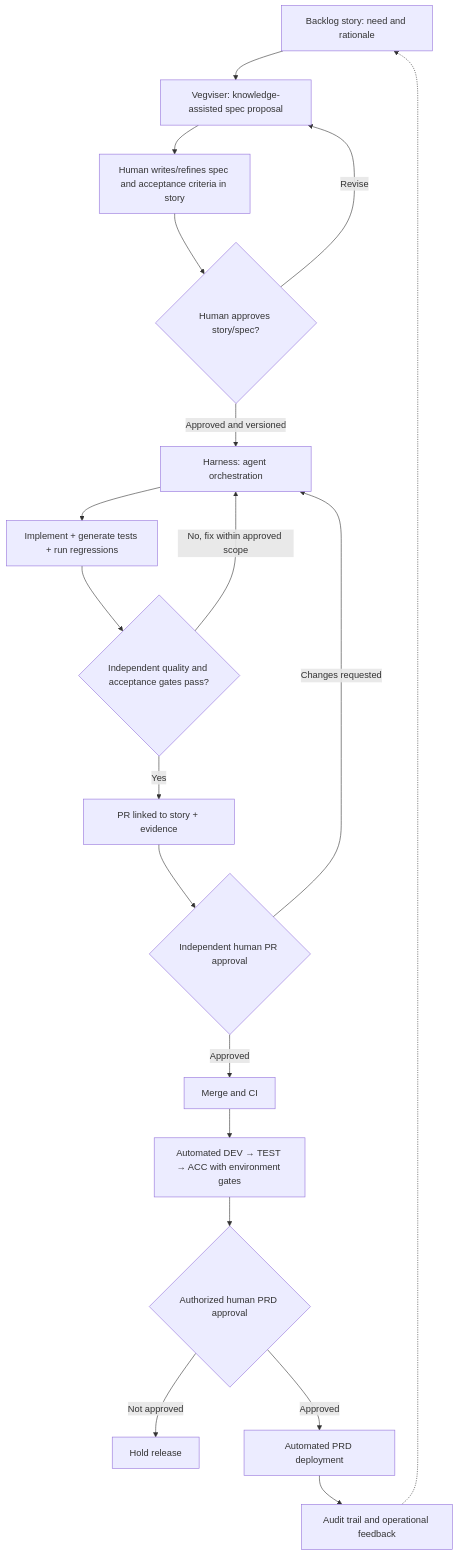
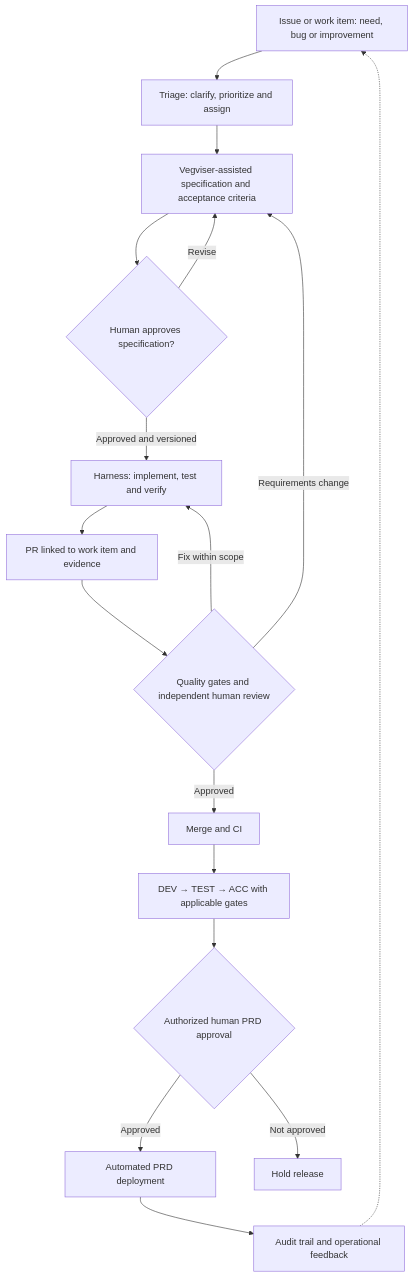
One commit to Joeghanoe/Guiderail changed the second of 2 diagrams in docs/adr/0001-evolution-of-the-golden-path.md. Above: the diagram before and after it, drawn with Mermaid. The commit also changed other lines of this file and 27 other files, not shown here.

````diff
--- a/docs/adr/0001-evolution-of-the-golden-path.md
+++ b/docs/adr/0001-evolution-of-the-golden-path.md
@@ -56,21 +56,19 @@
 ```mermaid
 flowchart TD
-    A[Backlog story: need and rationale] --> B[Vegviser: knowledge-assisted spec proposal]
-    B --> C[Human writes/refines spec and acceptance criteria in story]
-    C --> D{Human approves story/spec?}
-    D -->|Revise| B
-    D -->|Approved and versioned| E[Harness: agent orchestration]
-    E --> F[Implement + generate tests + run regressions]
-    F --> G{Independent quality and acceptance gates pass?}
-    G -->|No, fix within approved scope| E
-    G -->|Yes| H[PR linked to story + evidence]
-    H --> I{Independent human PR approval}
-    I -->|Changes requested| E
-    I -->|Approved| J[Merge and CI]
-    J --> K[Automated DEV → TEST → ACC with environment gates]
-    K --> L{Authorized human PRD approval}
-    L -->|Not approved| M[Hold release]
-    L -->|Approved| N[Automated PRD deployment]
-    N --> O[Audit trail and operational feedback]
-    O -.-> A
+    A[Issue or work item: need, bug or improvement] --> B[Triage: clarify, prioritize and assign]
+    B --> C[Vegviser-assisted specification and acceptance criteria]
+    C --> D{Human approves specification?}
+    D -->|Revise| C
+    D -->|Approved and versioned| E[Harness: implement, test and verify]
+    E --> F[PR linked to work item and evidence]
+    F --> G{Quality gates and independent human review}
+    G -->|Fix within scope| E
+    G -->|Requirements change| C
+    G -->|Approved| H[Merge and CI]
+    H --> I[DEV → TEST → ACC with applicable gates]
+    I --> J{Authorized human PRD approval}
+    J -->|Approved| K[Automated PRD deployment]
+    J -->|Not approved| L[Hold release]
+    K --> M[Audit trail and operational feedback]
+    M -.-> A
 ```
````
